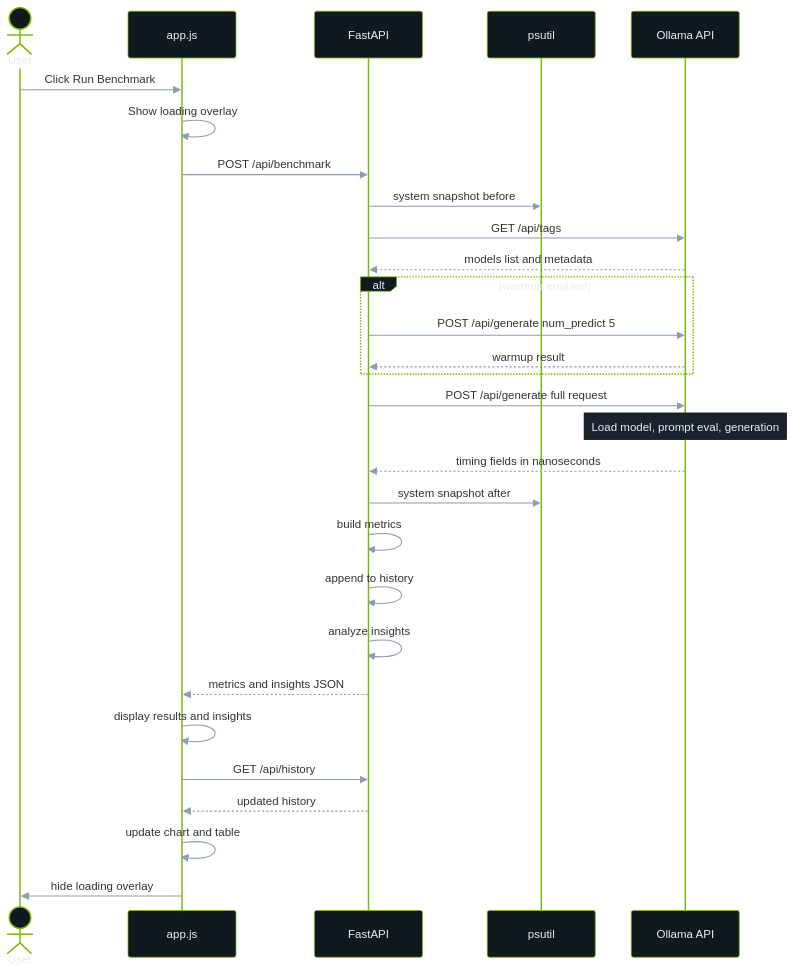
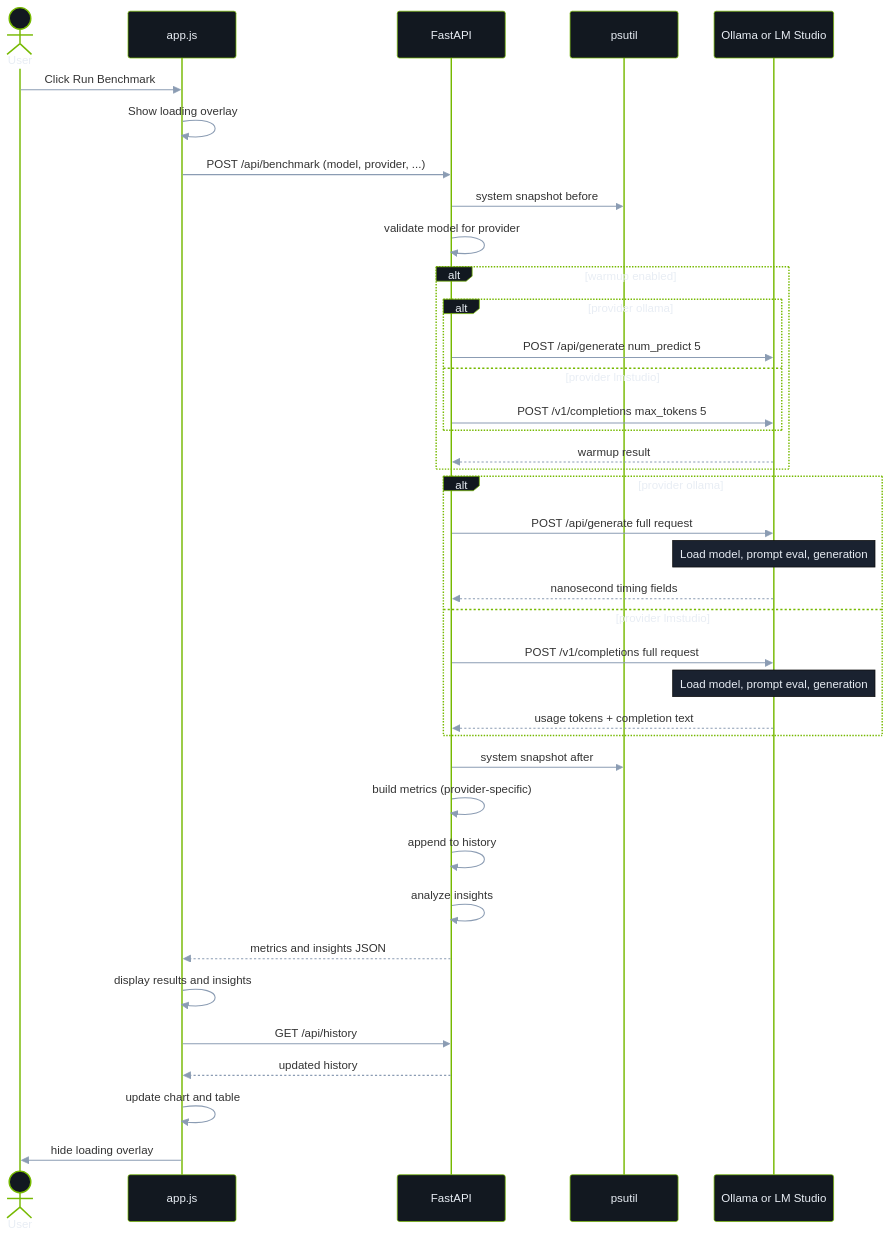
Before and after one commit to vampokala/llm-dashboard: the fifth of 12 diagrams in DOCUMENTATION.md, drawn with Mermaid. The commit also changed other lines of this file and 3 other files, not shown here.

````diff
--- a/DOCUMENTATION.md
+++ b/DOCUMENTATION.md
@@ -344,38 +376,47 @@
 ```mermaid
 %%{init: {"theme": "base", "themeVariables": {"actorBkg": "#121820", "actorBorder": "#76b900", "actorTextColor": "#e8edf4", "signalColor": "#8b9cb3", "noteBkgColor": "#1a2230", "noteTextColor": "#e8edf4", "activationBkgColor": "#1a2230", "sequenceNumberColor": "#76b900"}}}%%
 sequenceDiagram
     actor User
     participant UI as app.js
     participant API as FastAPI
     participant PS as psutil
-    participant Ollama as Ollama API
+    participant Backend as Ollama or LM Studio
 
     User->>UI: Click Run Benchmark
     UI->>UI: Show loading overlay
-    UI->>API: POST /api/benchmark
+    UI->>API: POST /api/benchmark (model, provider, ...)
 
     API->>PS: system snapshot before
-    API->>Ollama: GET /api/tags
-    Ollama-->>API: models list and metadata
+    API->>API: validate model for provider
 
     alt warmup enabled
-        API->>Ollama: POST /api/generate num_predict 5
-        Ollama-->>API: warmup result
+        alt provider ollama
+            API->>Backend: POST /api/generate num_predict 5
+        else provider lmstudio
+            API->>Backend: POST /v1/completions max_tokens 5
+        end
+        Backend-->>API: warmup result
     end
 
-    API->>Ollama: POST /api/generate full request
-    Note over Ollama: Load model, prompt eval, generation
-    Ollama-->>API: timing fields in nanoseconds
+    alt provider ollama
+        API->>Backend: POST /api/generate full request
+        Note over Backend: Load model, prompt eval, generation
+        Backend-->>API: nanosecond timing fields
+    else provider lmstudio
+        API->>Backend: POST /v1/completions full request
+        Note over Backend: Load model, prompt eval, generation
+        Backend-->>API: usage tokens + completion text
+    end
 
     API->>PS: system snapshot after
-    API->>API: build metrics
+    API->>API: build metrics (provider-specific)
     API->>API: append to history
     API->>API: analyze insights
     API-->>UI: metrics and insights JSON
 
     UI->>UI: display results and insights
     UI->>API: GET /api/history
     API-->>UI: updated history
     UI->>UI: update chart and table
     UI->>User: hide loading overlay
 ```
````
